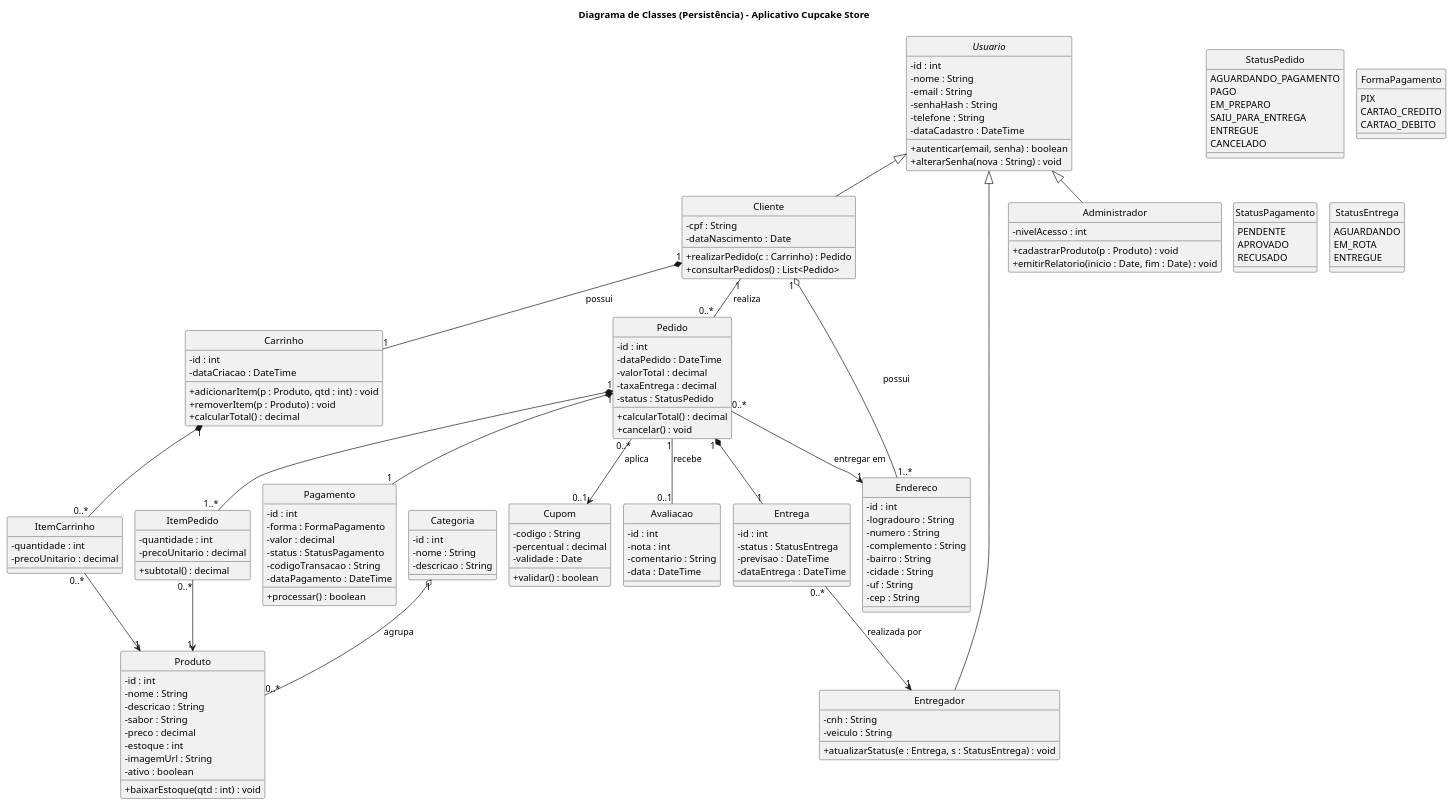
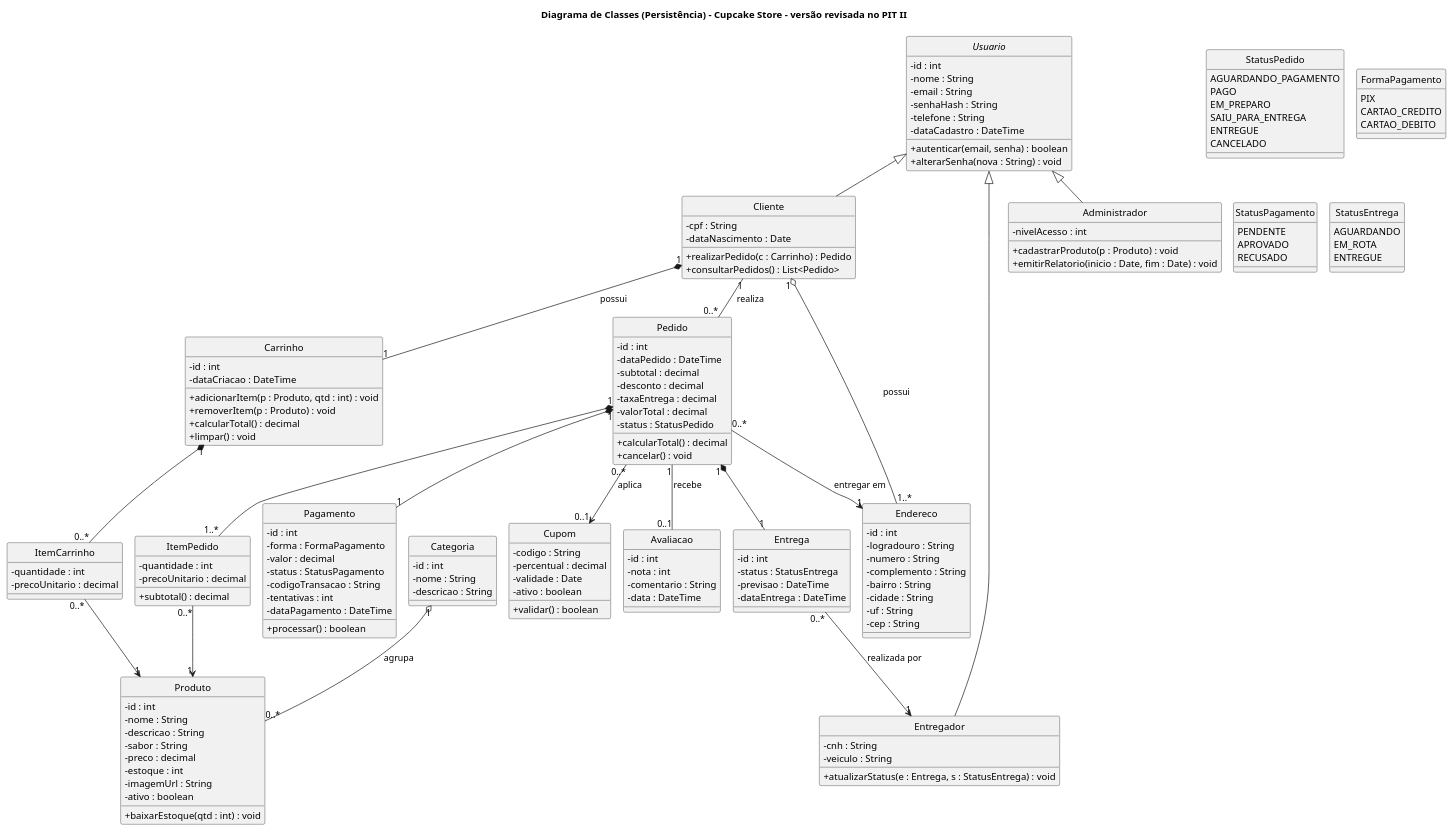
One commit to daywid/cupcake-store changed the diagram in docs/diagramas/03_classes.puml. Above: the diagram before and after it, drawn with PlantUML. The commit also changed 1 other file, not shown here.

Commit message:
Diagrama de classes revisado com os atributos implementados

```diff
--- a/docs/diagramas/03_classes.puml
+++ b/docs/diagramas/03_classes.puml
@@ -1,174 +1,179 @@
 @startuml
 !pragma layout smetana
 skinparam shadowing false
 skinparam defaultFontName Arial
 skinparam classAttributeIconSize 0
 hide circle
-title Diagrama de Classes (Persistência) - Aplicativo Cupcake Store
+title Diagrama de Classes (Persistência) - Cupcake Store - versão revisada no PIT II
 
 abstract class Usuario {
   - id : int
   - nome : String
   - email : String
   - senhaHash : String
   - telefone : String
   - dataCadastro : DateTime
   + autenticar(email, senha) : boolean
   + alterarSenha(nova : String) : void
 }
 
 class Cliente {
   - cpf : String
   - dataNascimento : Date
   + realizarPedido(c : Carrinho) : Pedido
   + consultarPedidos() : List<Pedido>
 }
 
 class Administrador {
   - nivelAcesso : int
   + cadastrarProduto(p : Produto) : void
   + emitirRelatorio(inicio : Date, fim : Date) : void
 }
 
 class Entregador {
   - cnh : String
   - veiculo : String
   + atualizarStatus(e : Entrega, s : StatusEntrega) : void
 }
 
 class Endereco {
   - id : int
   - logradouro : String
   - numero : String
   - complemento : String
   - bairro : String
   - cidade : String
   - uf : String
   - cep : String
 }
 
 class Categoria {
   - id : int
   - nome : String
   - descricao : String
 }
 
 class Produto {
   - id : int
   - nome : String
   - descricao : String
   - sabor : String
   - preco : decimal
   - estoque : int
   - imagemUrl : String
   - ativo : boolean
   + baixarEstoque(qtd : int) : void
 }
 
 class Carrinho {
   - id : int
   - dataCriacao : DateTime
   + adicionarItem(p : Produto, qtd : int) : void
   + removerItem(p : Produto) : void
   + calcularTotal() : decimal
+  + limpar() : void
 }
 
 class ItemCarrinho {
   - quantidade : int
   - precoUnitario : decimal
 }
 
 class Pedido {
   - id : int
   - dataPedido : DateTime
+  - subtotal : decimal
+  - desconto : decimal
+  - taxaEntrega : decimal
   - valorTotal : decimal
-  - taxaEntrega : decimal
   - status : StatusPedido
   + calcularTotal() : decimal
   + cancelar() : void
 }
 
 class ItemPedido {
   - quantidade : int
   - precoUnitario : decimal
   + subtotal() : decimal
 }
 
 class Pagamento {
   - id : int
   - forma : FormaPagamento
   - valor : decimal
   - status : StatusPagamento
   - codigoTransacao : String
+  - tentativas : int
   - dataPagamento : DateTime
   + processar() : boolean
 }
 
 class Entrega {
   - id : int
   - status : StatusEntrega
   - previsao : DateTime
   - dataEntrega : DateTime
 }
 
 class Cupom {
   - codigo : String
   - percentual : decimal
   - validade : Date
+  - ativo : boolean
   + validar() : boolean
 }
 
 class Avaliacao {
   - id : int
   - nota : int
   - comentario : String
   - data : DateTime
 }
 
 enum StatusPedido {
   AGUARDANDO_PAGAMENTO
   PAGO
   EM_PREPARO
   SAIU_PARA_ENTREGA
   ENTREGUE
   CANCELADO
 }
 
 enum FormaPagamento {
   PIX
   CARTAO_CREDITO
   CARTAO_DEBITO
 }
 
 enum StatusPagamento {
   PENDENTE
   APROVADO
   RECUSADO
 }
 
 enum StatusEntrega {
   AGUARDANDO
   EM_ROTA
   ENTREGUE
 }
 
 Usuario <|-- Cliente
 Usuario <|-- Administrador
 Usuario <|-- Entregador
 
 Cliente "1" o-- "1..*" Endereco : possui
 Cliente "1" *-- "1" Carrinho : possui
 Carrinho "1" *-- "0..*" ItemCarrinho
 ItemCarrinho "0..*" --> "1" Produto
 Categoria "1" o-- "0..*" Produto : agrupa
 
 Cliente "1" -- "0..*" Pedido : realiza
 Pedido "1" *-- "1..*" ItemPedido
 ItemPedido "0..*" --> "1" Produto
 Pedido "1" *-- "1" Pagamento
 Pedido "1" *-- "1" Entrega
 Pedido "0..*" --> "1" Endereco : entregar em
 Pedido "0..*" --> "0..1" Cupom : aplica
 Entrega "0..*" --> "1" Entregador : realizada por
 Pedido "1" -- "0..1" Avaliacao : recebe
 @enduml
```
